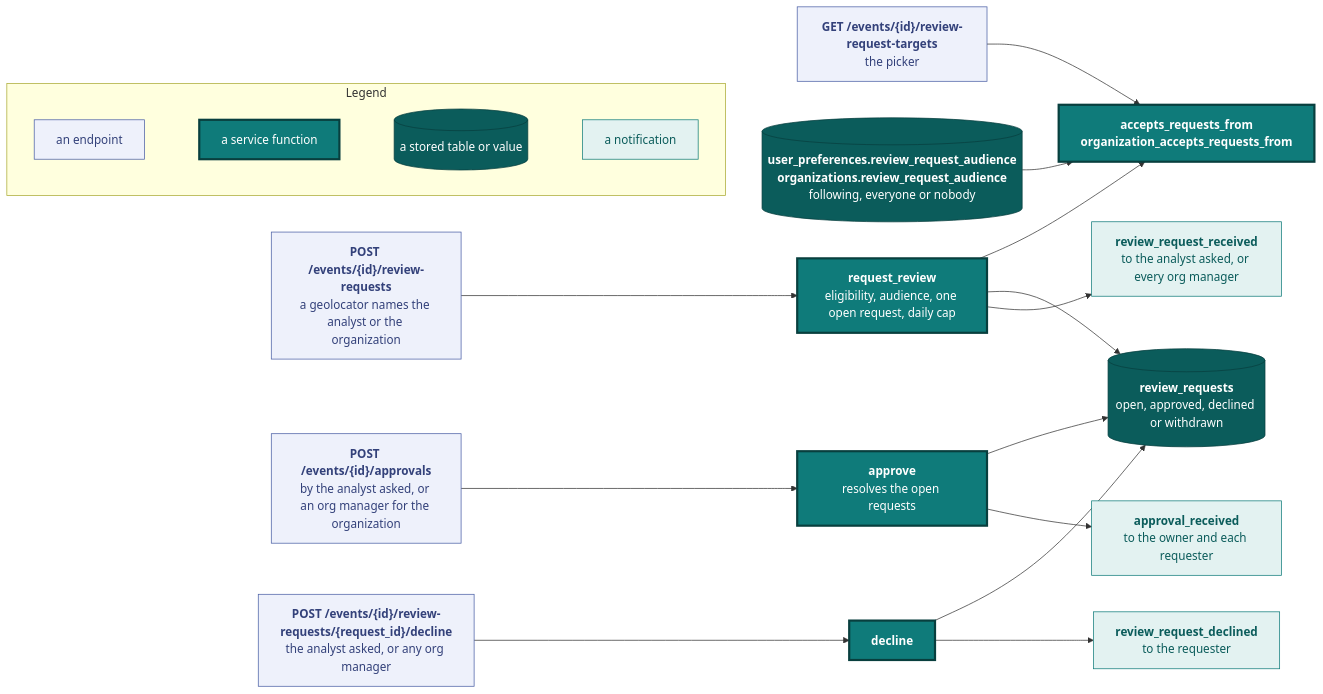
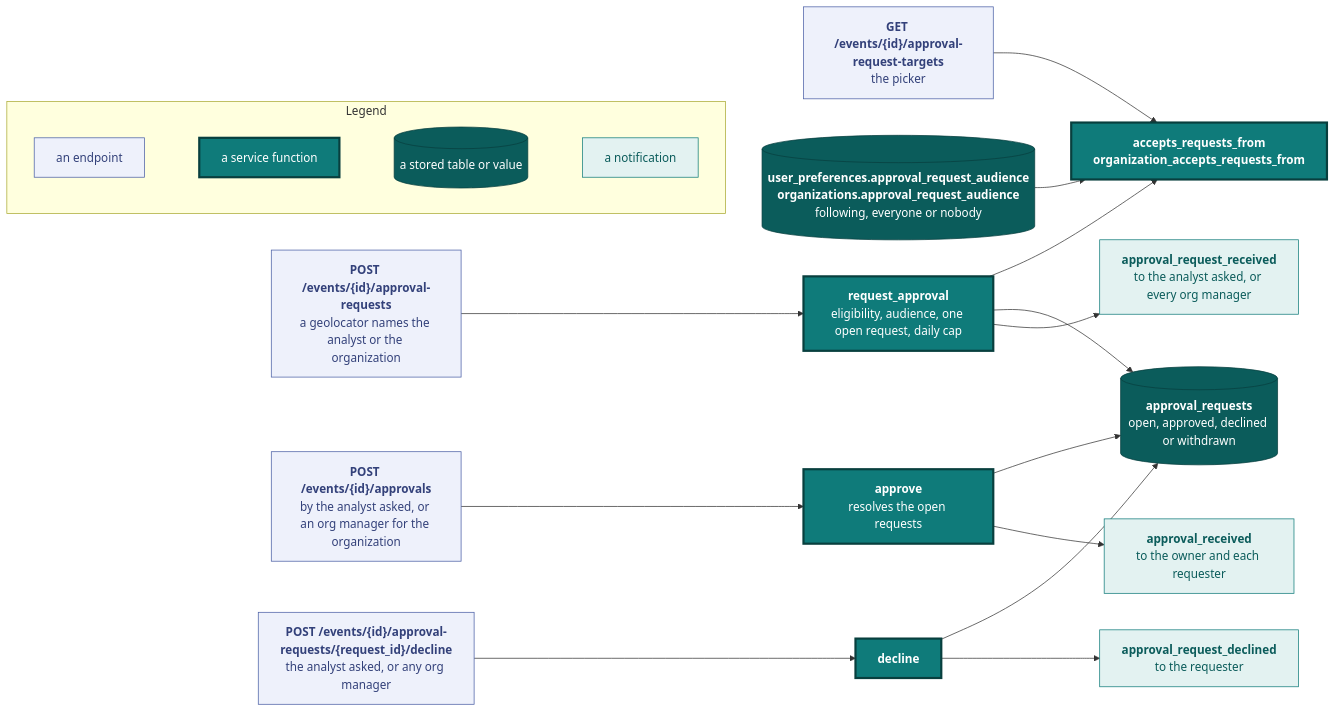
Before and after one commit to vidithq/vidit: the fifth of 8 diagrams in docs/api.md, drawn with Mermaid. The commit also changed other lines of this file and 96 other files, not shown here.

````diff
--- a/docs/api.md
+++ b/docs/api.md
@@ -1586,53 +1586,53 @@
 ```mermaid
 flowchart LR
   classDef spec fill:#eef1fb,stroke:#4a5fa5,color:#33417a
   classDef core fill:#0f7b7a,stroke:#083f3e,stroke-width:3px,color:#ffffff
   classDef store fill:#0b5c5b,stroke:#083f3e,color:#ffffff
   classDef shared fill:#e3f2f1,stroke:#0f7b7a,color:#0b5c5b
 
   subgraph legend [Legend]
     direction LR
     l1["`an endpoint`"]:::spec
     l2["`a service function`"]:::core
     l3[("`a stored table or value`")]:::store
     l4["`a notification`"]:::shared
     l1 ~~~ l2 ~~~ l3 ~~~ l4
   end
 
-  ask["`**POST /events/{id}/review-requests**
+  ask["`**POST /events/{id}/approval-requests**
   a geolocator names the analyst or the organization`"]:::spec
-  targets["`**GET /events/{id}/review-request-targets**
+  targets["`**GET /events/{id}/approval-request-targets**
   the picker`"]:::spec
   approve["`**POST /events/{id}/approvals**
   by the analyst asked, or an org manager for the organization`"]:::spec
-  declineep["`**POST /events/{id}/review-requests/{request_id}/decline**
+  declineep["`**POST /events/{id}/approval-requests/{request_id}/decline**
   the analyst asked, or any org manager`"]:::spec
-  audience[("`**user_preferences.review_request_audience**
-  **organizations.review_request_audience**
+  audience[("`**user_preferences.approval_request_audience**
+  **organizations.approval_request_audience**
   following, everyone or nobody`")]:::store
-  request["`**request_review**
+  request["`**request_approval**
   eligibility, audience, one open request, daily cap`"]:::core
   admits["`**accepts_requests_from**
   **organization_accepts_requests_from**`"]:::core
   place["`**approve**
   resolves the open requests`"]:::core
   decline["`**decline**`"]:::core
-  rows[("`**review_requests**
+  rows[("`**approval_requests**
   open, approved, declined or withdrawn`")]:::store
-  received["`**review_request_received**
+  received["`**approval_request_received**
   to the analyst asked, or every org manager`"]:::shared
   approved["`**approval_received**
   to the owner and each requester`"]:::shared
-  declined["`**review_request_declined**
+  declined["`**approval_request_declined**
   to the requester`"]:::shared
 
   audience --> admits
   targets --> admits
   ask --> request --> admits
   request --> rows
   request --> received
   approve --> place --> rows
   place --> approved
   declineep --> decline --> rows
   decline --> declined
 ```
````
